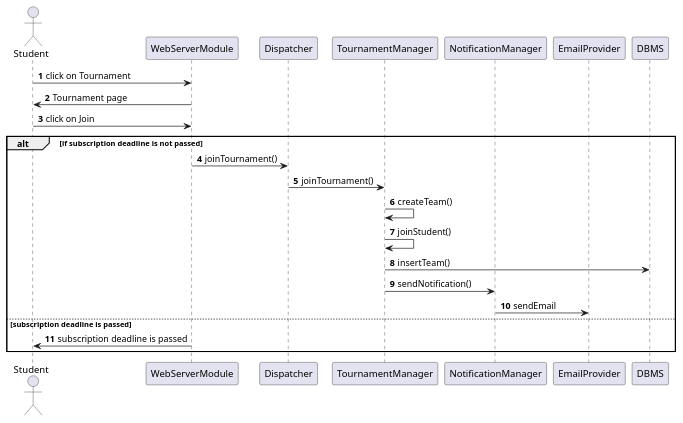
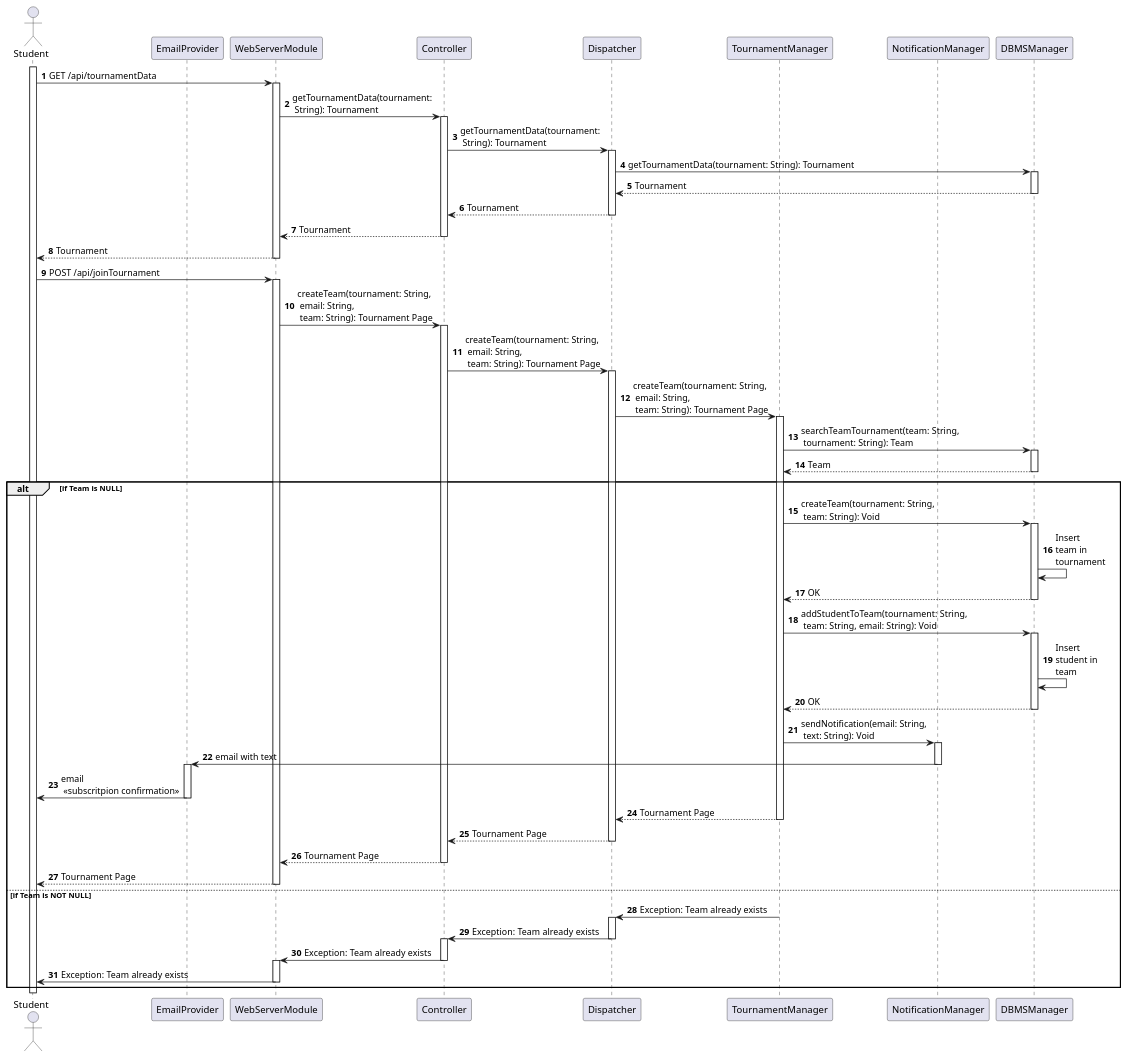
One commit to Angelo7672/SE2_Requirement-and-Design-Document changed the diagram in _DD/Images/sequenceDiagrams/joinATournament.wsd. Above: the diagram before and after it, drawn with PlantUML. The commit also changed 4 other files, not shown here.

Commit message:
sequence fix

```diff
--- a/_DD/Images/sequenceDiagrams/joinATournament.wsd
+++ b/_DD/Images/sequenceDiagrams/joinATournament.wsd
@@ -1,126 +1,82 @@
 @startuml
 
-'autonumber
-'actor Educator as U
-'participant First_Firewall as FF
-'participant WebServer as WS
-'participant Second_Firewall as SF
-'participant Application_Server as AS
-'participant Microservices_Dispatcher as MD
-'entity tournamentManagerInterface as TMI
-'participant TournamentManager as TM
-'entity logInManagerInterface as LMI
-'participant LogInManager as LM
-'entity notificationManagerInterface as NMI
-'participant NotificationManager as NM
-'participant Firewall as F
-'participant EmailProvider as EP
+autonumber
 
-'activate U
-'activate FF
-'activate WS
-'activate SF
-'activate AS
-'U-->FF: joinATournament(Json(email, Team))
-'FF-->WS: analizer(socket, Json): Json
-'WS-->SF: verifyLoggedClient(socket)
-'SF-->AS: analizer(socket, Json): Json
-'AS-->MD: parser(Json): response
-'activate MD
-'MD-->LMI: logInManager.isLogged(email)
-'activate LMI
-'activate LM
-'LMI-->LM: isLogged(email)
-'deactivate LMI
-'alt if Tournament joined successful
-'    LM-->MD: True: the User is logged properly and he/she is an Educator
-'    activate TMI
-'    MD-->TMI: TournamentManager.joinTournament(email, Team)
-'    TMI-->TM: joinTournament(email, Team)
-'    deactivate TMI
-'    activate TM
-'    TM-->MD: True: Tournament is joined
-'    deactivate TM
-'    deactivate TM
-'    MD-->NMI: MicroserviceDispatcher.sendNotification(email, description)
-'    activate NMI
-'    NMI-->NM: sendNotification(email, description)
-'    deactivate NMI
-'    activate NM
-'    NM->F: sendEmail
-'    deactivate NM
-'    activate F
-'    F->EP: sendEmail
-'    deactivate F
-'    activate EP
-'    EP-->U: Email <<Tournament joined>>
-'    deactivate EP
-'    MD-->AS: Tournament joined
-'    AS-->WS: Json(Tournament joined)
-'    WS-->U: Tournament successfully joined
-'else  Tournament already joined or Team does not exists
-'    LM-->MD: True: the User is logged properly and it is a Student
-'    MD-->TMI: TournamentManager.joinTournament(email, Team)
-'    TMI-->TM: joinTournament(email, Team)
-'    activate TM
-'    TM-->MD: False: Tournament already joined
-'    deactivate TMI
-'    deactivate TM
-'    MD-->NMI: MicroserviceDispatcher.sendNotification(email, description)
-'    activate NMI
-'    NMI-->NM: sendNotification(email, description)
-'    deactivate NMI
-'    activate NM
-'    NM->F: sendEmail
-'    deactivate NM
-'    activate F
-'    F->EP: sendEmail
-'    deactivate F
-'    activate EP
-'    EP-->U: Email <<Tournament already joined>>
-'    deactivate EP
-'    activate TM
-'    TM-->MD: False: Tournament is already joined/Team doen not exists
-'    deactivate TM
-'    MD-->AS: Tournament already joined/Team doen not exists
-'    AS-->WS: Json(Tournament already joined/Team doen not exists)
-'    WS-->U: Tournament already joined/Team doen not exists
-'else User is not a Student or is not logged
-'    LM-->MD: False: the User is not logged properly or he/she is not an Educator
-'    deactivate LM
-'    MD-->AS: Tournament NOT joined, User NOT logged properly 
-'    deactivate MD
-'    AS-->WS: Json(Tournament NOT joined)
-'    WS-->U: Tournament NOT joined
-'end
-'deactivate U
-'deactivate FF
-'deactivate WS
-'deactivate SF
-'deactivate AS
-
-autonumber
 actor Student as S
+participant EmailProvider as EP
 participant WebServerModule as WS
+participant Controller as C
 participant Dispatcher as MD
 participant TournamentManager as TM
 participant NotificationManager as NM
-participant EmailProvider as EP
-participant DBMS as D
+participant DBMSManager as DBMSM
 
-S -> WS: click on Tournament
-WS -> S: Tournament page
-S -> WS: click on Join
-alt if subscription deadline is not passed
-    WS -> MD: joinTournament()
-    MD -> TM: joinTournament()
-    TM -> TM: createTeam()
-    TM -> TM: joinStudent()
-    TM -> D: insertTeam()
-    TM -> NM: sendNotification()
-    NM -> EP: sendEmail
-else subscription deadline is passed
-    WS -> S: subscription deadline is passed
+activate S
+S -> WS: GET /api/tournamentData
+activate WS
+WS -> C: getTournamentData(tournament:\n String): Tournament
+activate C
+C -> MD: getTournamentData(tournament:\n String): Tournament
+activate MD
+MD -> DBMSM: getTournamentData(tournament: String): Tournament
+activate DBMSM
+DBMSM --> MD: Tournament
+deactivate DBMSM
+MD --> C: Tournament
+deactivate MD
+C --> WS: Tournament
+deactivate C
+WS --> S: Tournament
+deactivate WS
+S -> WS: POST /api/joinTournament
+activate WS
+WS -> C: createTeam(tournament: String,\n email: String,\n team: String): Tournament Page
+activate C
+C -> MD: createTeam(tournament: String,\n email: String,\n team: String): Tournament Page
+activate MD
+MD -> TM: createTeam(tournament: String,\n email: String,\n team: String): Tournament Page
+activate TM
+TM -> DBMSM: searchTeamTournament(team: String,\n tournament: String): Team
+activate DBMSM
+DBMSM --> TM: Team
+deactivate DBMSM
+alt if Team is NULL
+    TM -> DBMSM: createTeam(tournament: String,\n team: String): Void
+    activate DBMSM
+    DBMSM -> DBMSM: Insert\nteam in\ntournament
+    DBMSM --> TM: OK
+    deactivate DBMSM
+    TM -> DBMSM: addStudentToTeam(tournament: String,\n team: String, email: String): Void
+    activate DBMSM
+    DBMSM -> DBMSM: Insert\nstudent in\nteam
+    DBMSM --> TM: OK
+    deactivate DBMSM
+    TM -> NM: sendNotification(email: String,\n text: String): Void
+    activate NM
+    NM -> EP: email with text
+    deactivate NM
+    activate EP
+    EP -> S: email\n <<subscritpion confirmation>>
+    deactivate EP
+    TM --> MD: Tournament Page
+    deactivate TM
+    MD --> C: Tournament Page
+    deactivate MD
+    C --> WS: Tournament Page
+    deactivate C
+    WS --> S: Tournament Page
+    deactivate WS
+else if Team is NOT NULL
+    TM -> MD: Exception: Team already exists
+    activate MD
+    MD -> C: Exception: Team already exists
+    deactivate MD
+    activate C
+    C -> WS: Exception: Team already exists
+    deactivate C
+    activate WS
+    WS -> S: Exception: Team already exists
+    deactivate WS
 end
 
 @enduml
```
